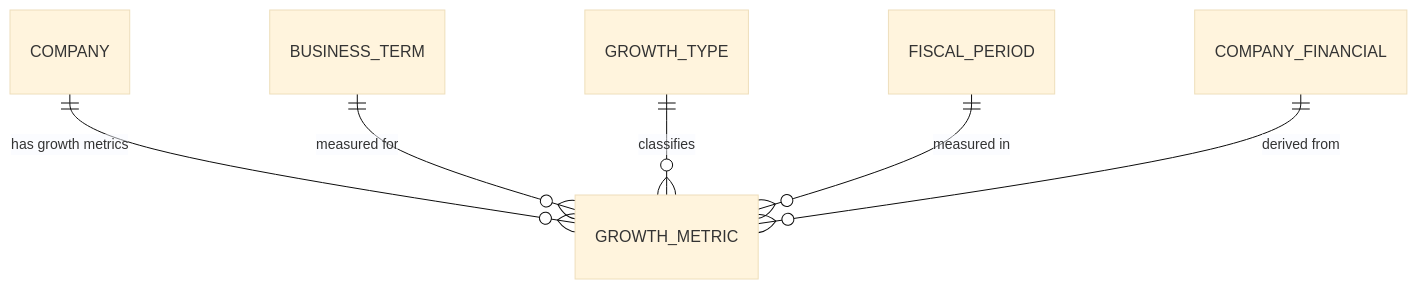
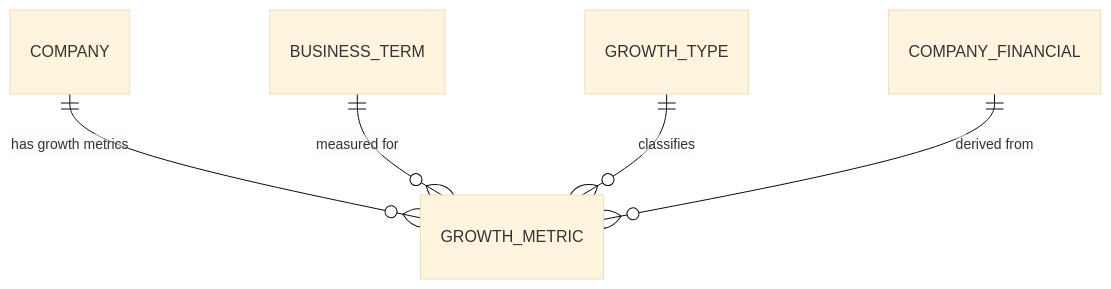
One commit to jcernauske/sec-edgair changed the sixth of 8 diagrams in README.md. Above: the diagram before and after it, drawn with Mermaid (base theme). The commit also changed other lines of this file, not shown here.

````diff
--- a/README.md
+++ b/README.md
@@ -681,8 +238,7 @@
 ```mermaid
 erDiagram
     COMPANY ||--o{ GROWTH_METRIC : "has growth metrics"
     BUSINESS_TERM ||--o{ GROWTH_METRIC : "measured for"
     GROWTH_TYPE ||--o{ GROWTH_METRIC : "classifies"
-    FISCAL_PERIOD ||--o{ GROWTH_METRIC : "measured in"
     COMPANY_FINANCIAL ||--o{ GROWTH_METRIC : "derived from"
 ```
````
